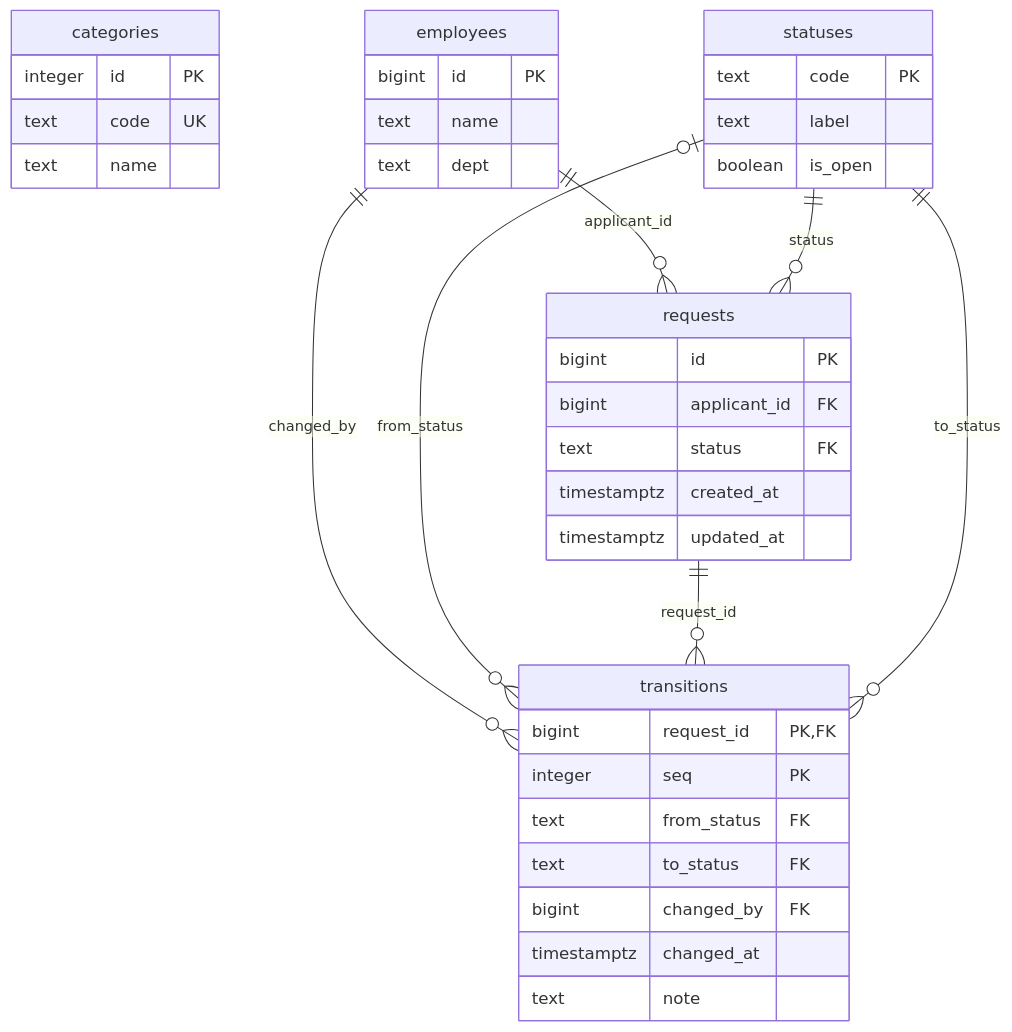
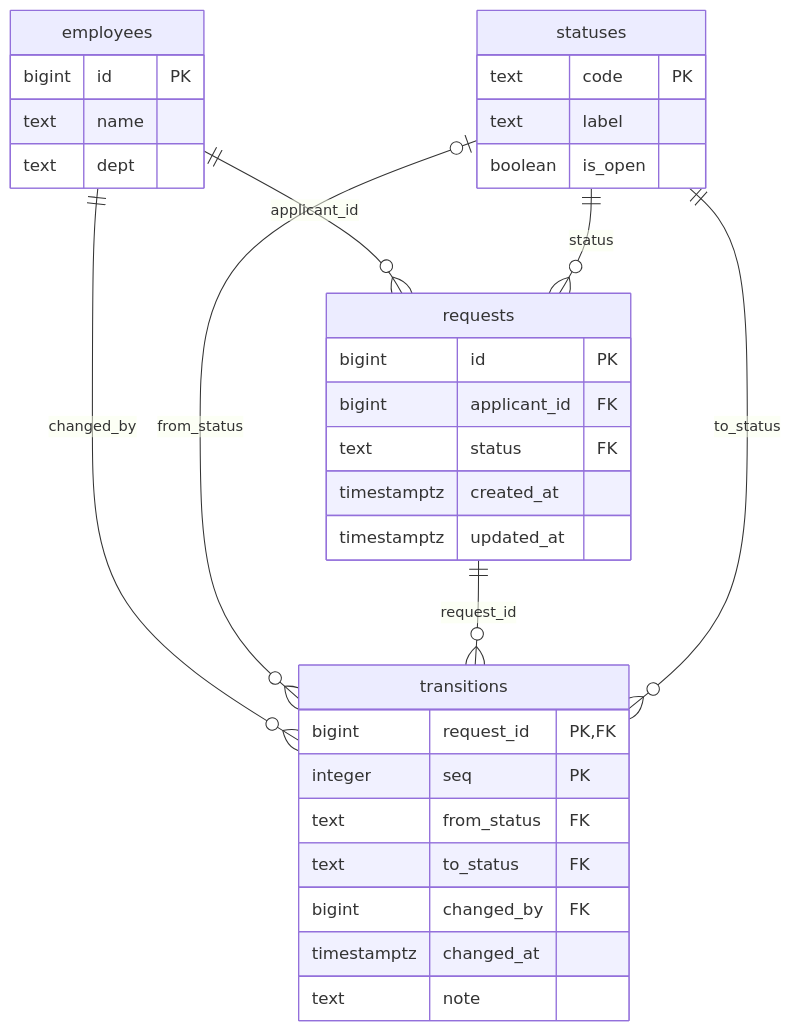
The third of 7 diagrams in ch09_request_and_approval/README.md (driftnode986/postgresql-db-design-samples), drawn with Mermaid before and after one commit. The commit also changed other lines of this file and 15 other files, not shown here.

First line of the commit message:
docs: 設計案の構成図を縦並びにし、幅の広い ER 図を分けて、GitHub で縮まない大きさにする

````diff
--- a/ch09_request_and_approval/README.md
+++ b/ch09_request_and_approval/README.md
@@ -38,40 +44,35 @@
 ```mermaid
 erDiagram
-  categories {
-    integer id PK
-    text code UK
-    text name
-  }
   employees {
     bigint id PK
     text name
     text dept
   }
   requests {
     bigint id PK
     bigint applicant_id FK
     text status FK
     timestamptz created_at
     timestamptz updated_at
   }
   statuses {
     text code PK
     text label
     boolean is_open
   }
   transitions {
     bigint request_id PK, FK
     integer seq PK
     text from_status FK
     text to_status FK
     bigint changed_by FK
     timestamptz changed_at
     text note
   }
   employees ||--o{ requests : "applicant_id"
   statuses ||--o{ requests : "status"
   employees ||--o{ transitions : "changed_by"
   statuses |o--o{ transitions : "from_status"
   requests ||--o{ transitions : "request_id"
   statuses ||--o{ transitions : "to_status"
 ```
````
